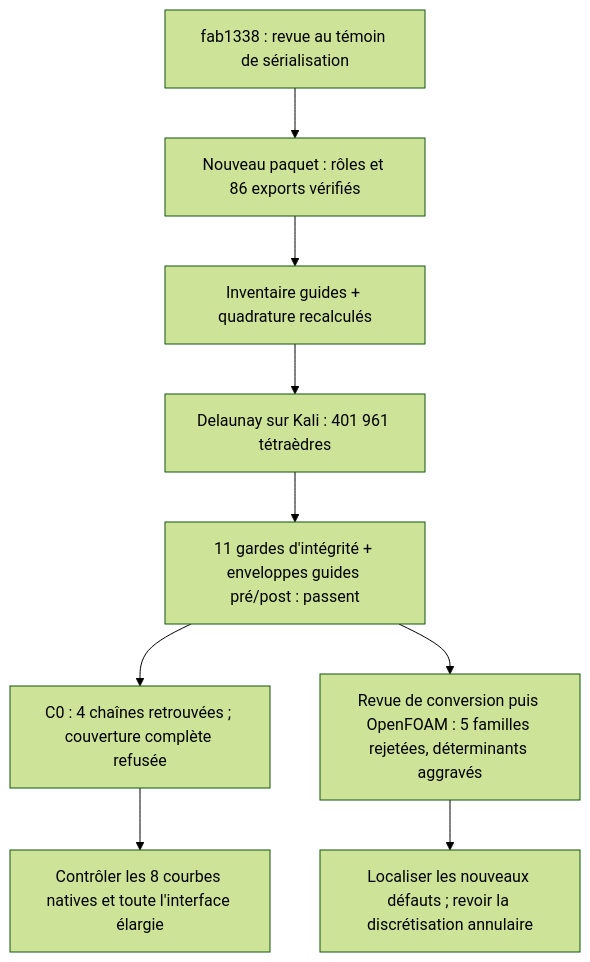
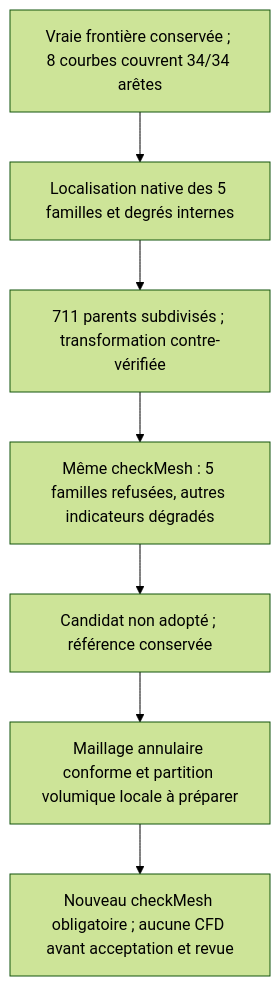
Before and after one commit to cluster2600/porscheparts: the diagram in docs/M64_MAILLAGE_PARTITION_UNIFIEE_20260908.md, drawn with Mermaid (forest theme). The commit also changed other lines of this file and 9 other files, not shown here.

Commit message:
Vérifier l'interface native et rejeter l'essai de subdivision centrale

````diff
--- a/docs/M64_MAILLAGE_PARTITION_UNIFIEE_20260908.md
+++ b/docs/M64_MAILLAGE_PARTITION_UNIFIEE_20260908.md
@@ -161,11 +239,9 @@
 ```mermaid
 flowchart TD
-    A["fab1338 : revue au témoin de sérialisation"] --> B["Nouveau paquet : rôles et 86 exports vérifiés"]
-    B --> C["Inventaire guides + quadrature recalculés"]
-    C --> D["Delaunay sur Kali : 401 961 tétraèdres"]
-    D --> E["11 gardes d'intégrité + enveloppes guides pré/post : passent"]
-    E --> F["C0 : 4 chaînes retrouvées ; couverture complète refusée"]
-    E --> G["Revue de conversion puis OpenFOAM : 5 familles rejetées, déterminants aggravés"]
-    G --> H["Localiser les nouveaux défauts ; revoir la discrétisation annulaire"]
-    F --> I["Contrôler les 8 courbes natives et toute l'interface élargie"]
+    A["Vraie frontière conservée ; 8 courbes couvrent 34/34 arêtes"] --> B["Localisation native des 5 familles et degrés internes"]
+    B --> C["711 parents subdivisés ; transformation contre-vérifiée"]
+    C --> D["Même checkMesh : 5 familles refusées, autres indicateurs dégradés"]
+    D --> E["Candidat non adopté ; référence conservée"]
+    E --> F["Maillage annulaire conforme et partition volumique locale à préparer"]
+    F --> G["Nouveau checkMesh obligatoire ; aucune CFD avant acceptation et revue"]
 ```
````
